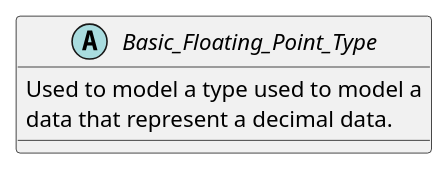
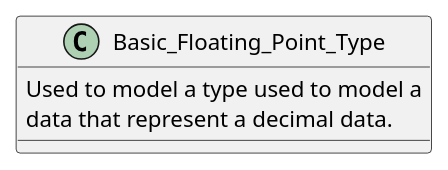
Before and after one commit to HomeMadeBots/Embedded_Software_Meta_Model: the diagram in Meta-Classes/Basic_Floating_Point_Type.puml, drawn with PlantUML. The commit also changed 7 other files, not shown here.

```diff
--- a/Meta-Classes/Basic_Floating_Point_Type.puml
+++ b/Meta-Classes/Basic_Floating_Point_Type.puml
@@ -1,9 +1,9 @@
 @startuml
 
-abstract class Basic_Floating_Point_Type
+class Basic_Floating_Point_Type
 {
   Used to model a type used to model a
   data that represent a decimal data.
 }
 
 @enduml
```
